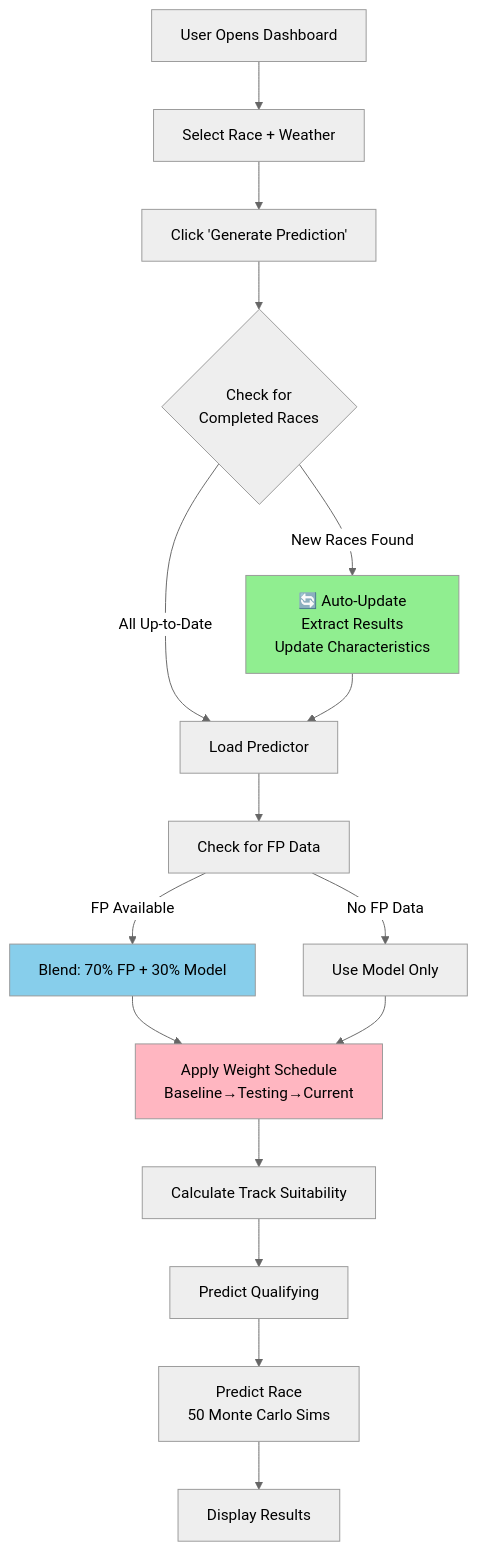
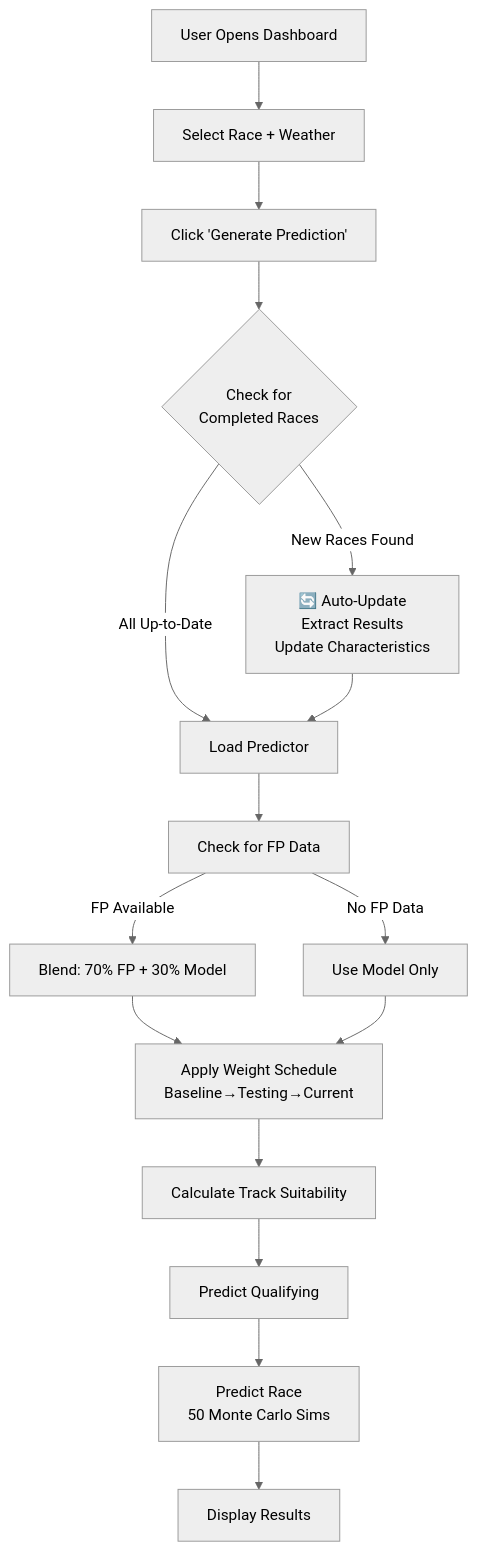
One commit to tomasz-solis/trackside-labs changed the diagram in README.md. Above: the diagram before and after it, drawn with Mermaid (neutral theme). The commit also changed other lines of this file, not shown here.

````diff
--- a/README.md
+++ b/README.md
@@ -33,22 +33,18 @@
 ```mermaid
 graph TD
     A[User Opens Dashboard] --> B[Select Race + Weather]
     B --> C[Click 'Generate Prediction']
     C --> D{Check for<br/>Completed Races}
     D -->|New Races Found| E[🔄 Auto-Update<br/>Extract Results<br/>Update Characteristics]
     D -->|All Up-to-Date| F[Load Predictor]
     E --> F
     F --> G[Check for FP Data]
     G -->|FP Available| H[Blend: 70% FP + 30% Model]
     G -->|No FP Data| I[Use Model Only]
     H --> J[Apply Weight Schedule<br/>Baseline→Testing→Current]
     I --> J
     J --> K[Calculate Track Suitability]
     K --> L[Predict Qualifying]
     L --> M[Predict Race<br/>50 Monte Carlo Sims]
     M --> N[Display Results]
-
-    style E fill:#90EE90
-    style H fill:#87CEEB
-    style J fill:#FFB6C1
 ```
````
